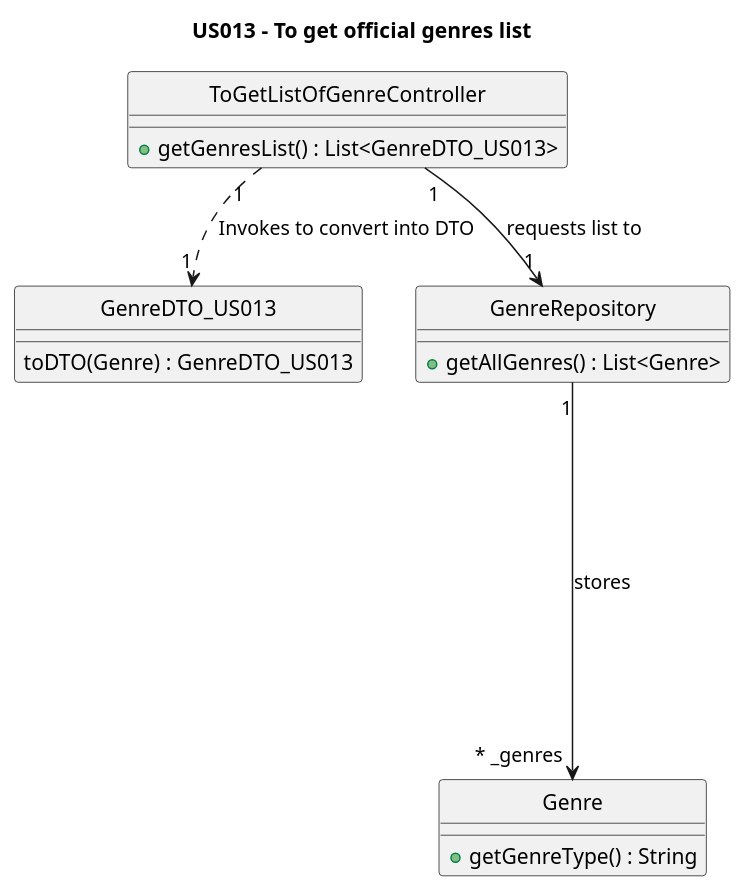
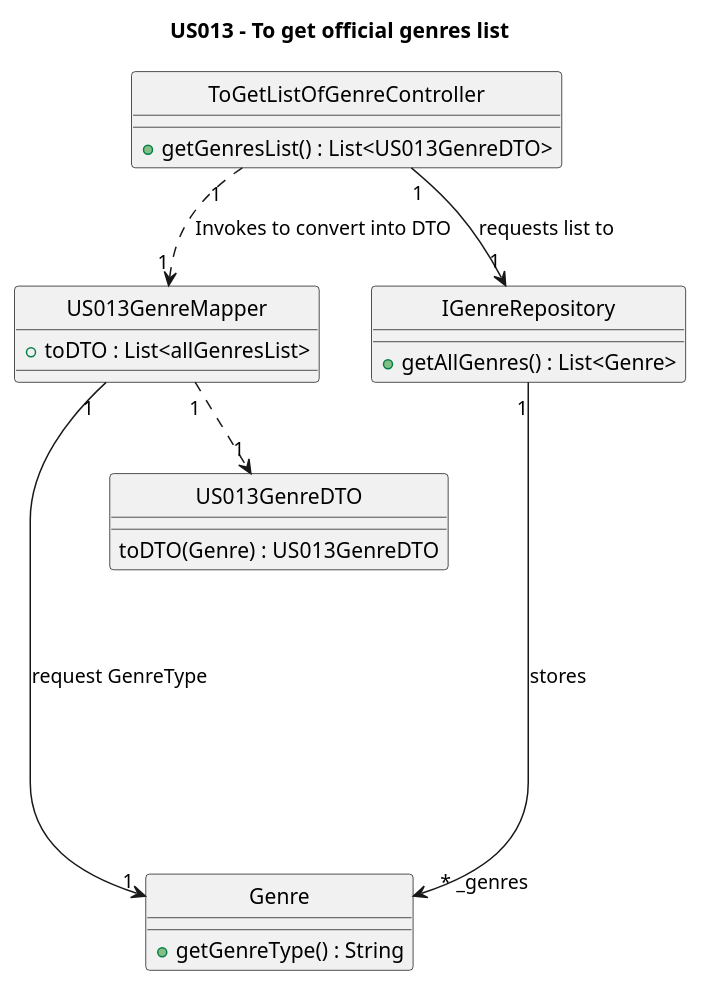
One commit to AndrePereiraGitH/SWitCH-Project-Team_A changed the diagram in Diagrams/ClassDiagrams/US013-to-get-official-genres-list.puml. Above: the diagram before and after it, drawn with PlantUML. The commit also changed 2 other files, not shown here.

```diff
--- a/Diagrams/ClassDiagrams/US013-to-get-official-genres-list.puml
+++ b/Diagrams/ClassDiagrams/US013-to-get-official-genres-list.puml
@@ -1,27 +1,32 @@
 @startuml
 hide circle
 
 title US013 - To get official genres list
 
 class ToGetListOfGenreController {
-  +getGenresList() : List<GenreDTO_US013>
+  +getGenresList() : List<US013GenreDTO>
+}
+class US013GenreMapper{
+  +toDTO : List<allGenresList>
 }
 
-class GenreDTO_US013 {
-toDTO(Genre) : GenreDTO_US013
+class US013GenreDTO {
+toDTO(Genre) : US013GenreDTO
 }
 
-class GenreRepository {
+class IGenreRepository {
   +getAllGenres() : List<Genre>
 }
 
 class Genre {
     +getGenreType() : String
 }
 
 ' Interactions
-ToGetListOfGenreController "1"..> "1" GenreDTO_US013 : Invokes to convert into DTO
-ToGetListOfGenreController "1"--> "1" GenreRepository : requests list to
-GenreRepository "1"-----> "   * _genres" Genre : stores
+ToGetListOfGenreController "1"..> "1" US013GenreMapper : Invokes to convert into DTO
+US013GenreMapper "1" ..> "1" US013GenreDTO
+US013GenreMapper "1" -> "1" Genre : request GenreType
+ToGetListOfGenreController "1"--> "1" IGenreRepository : requests list to
+IGenreRepository "1"-----> "   * _genres" Genre : stores
 
 @enduml
```
